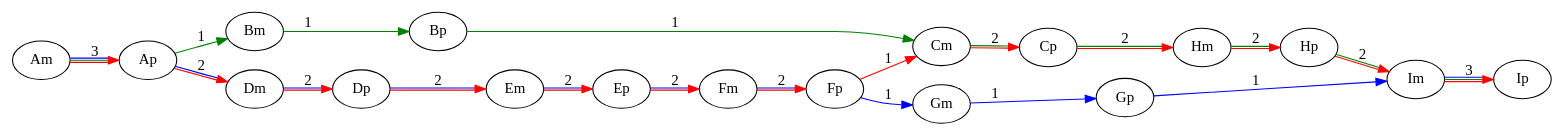
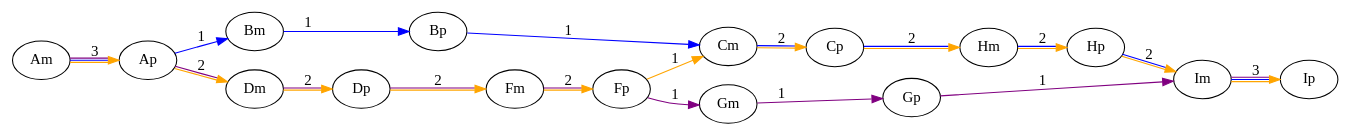
One commit to gianlu01/MinimumPathCover changed the diagram in notebook/Grafi/Grafo 1 flow.dot. Above: the diagram before and after it, drawn with Graphviz. The commit also changed 21 other files, not shown here.

```diff
--- a/notebook/Grafi/Grafo 1 flow.dot
+++ b/notebook/Grafi/Grafo 1 flow.dot
@@ -1,22 +1,20 @@
 digraph{
 	rankdir=LR
-	Am -> Ap [label=3  color="red:green:blue"]
-	Ap -> Bm [label=1  color="green"]
-	Ap -> Dm [label=2  color="red:blue"]
-	Bm -> Bp [label=1  color="green"]
-	Bp -> Cm [label=1  color="green"]
-	Dm -> Dp [label=2  color="red:blue"]
-	Dp -> Em [label=2  color="red:blue"]
-	Cm -> Cp [label=2  color="red:green"]
-	Cp -> Hm [label=2  color="red:green"]
-	Hm -> Hp [label=2  color="red:green"]
-	Hp -> Im [label=2  color="red:green"]
-	Em -> Ep [label=2  color="red:blue"]
-	Ep -> Fm [label=2  color="red:blue"]
-	Fm -> Fp [label=2  color="red:blue"]
-	Fp -> Gm [label=1  color="blue"]
-	Fp -> Cm [label=1  color="red"]
-	Gm -> Gp [label=1  color="blue"]
-	Gp -> Im [label=1  color="blue"]
-	Im -> Ip [label=3  color="red:green:blue"]
+	Am -> Ap [label=3  color="orange:blue:purple"]
+	Ap -> Bm [label=1  color="blue"]
+	Ap -> Dm [label=2  color="orange:purple"]
+	Bm -> Bp [label=1  color="blue"]
+	Bp -> Cm [label=1  color="blue"]
+	Dm -> Dp [label=2  color="orange:purple"]
+	Dp -> Fm [label=2  color="orange:purple"]
+	Cm -> Cp [label=2  color="orange:blue"]
+	Cp -> Hm [label=2  color="orange:blue"]
+	Hm -> Hp [label=2  color="orange:blue"]
+	Hp -> Im [label=2  color="orange:blue"]
+	Fm -> Fp [label=2  color="orange:purple"]
+	Fp -> Gm [label=1  color="purple"]
+	Fp -> Cm [label=1  color="orange"]
+	Gm -> Gp [label=1  color="purple"]
+	Gp -> Im [label=1  color="purple"]
+	Im -> Ip [label=3  color="orange:blue:purple"]
 }
```
